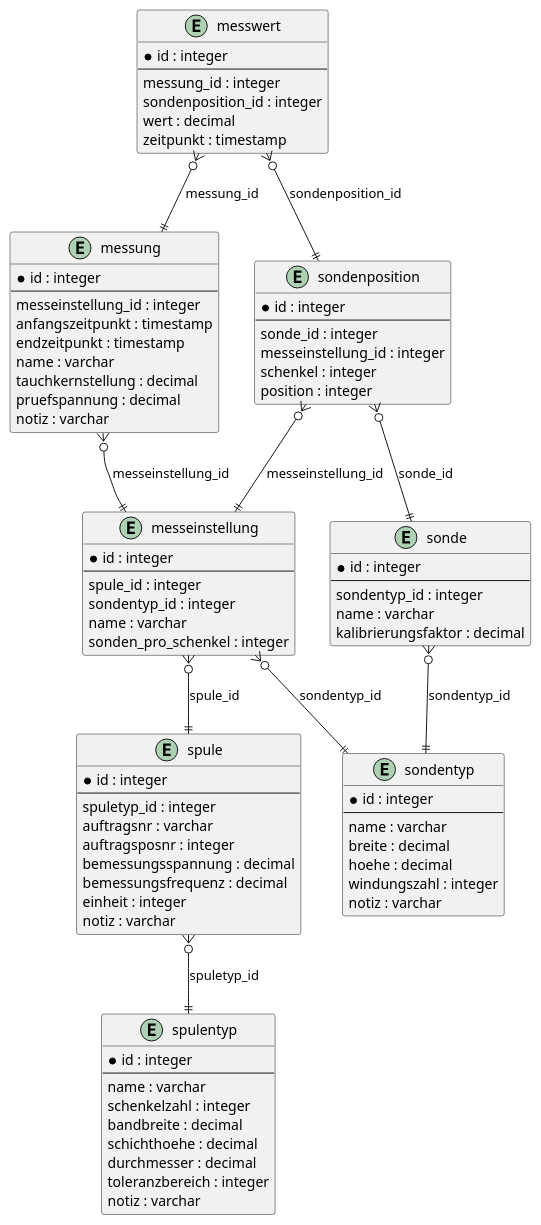
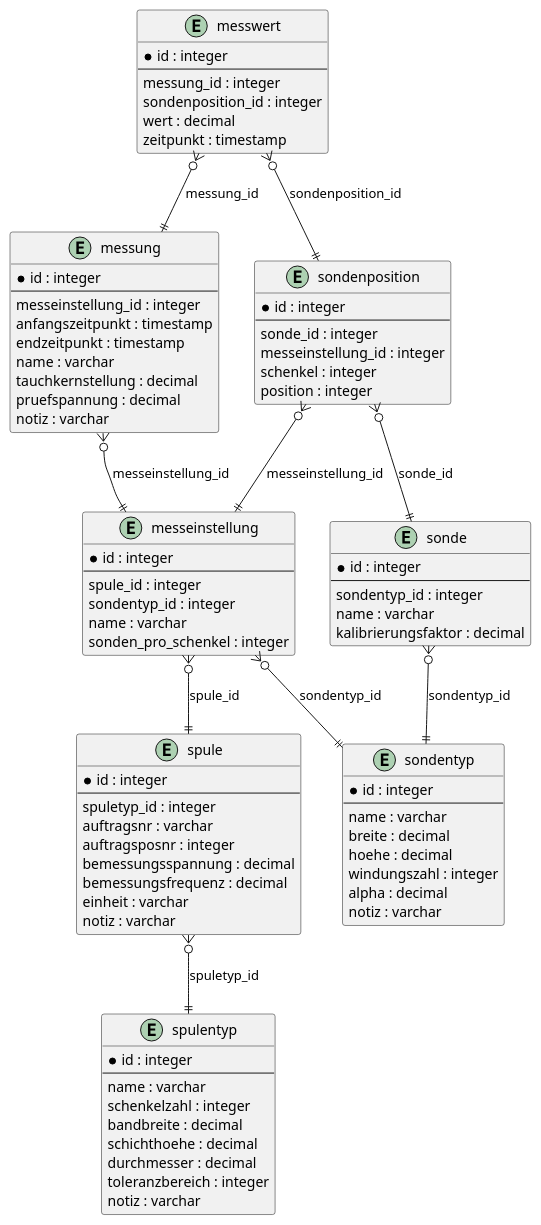
The diagram in asciidocs/docs/project-description/diagrams/erd.puml (2425-4chif-syp/01-projekte-2025-4chif-syp-trench), drawn with PlantUML before and after one commit.

Commit message:
docs: Update ERD

```diff
--- a/asciidocs/docs/project-description/diagrams/erd.puml
+++ b/asciidocs/docs/project-description/diagrams/erd.puml
@@ -3,94 +3,95 @@
 @startuml Trench ERD
 
 entity spulentyp {
   * id : integer
   --
   name : varchar
   schenkelzahl : integer
   bandbreite : decimal
   schichthoehe : decimal
   durchmesser : decimal
   toleranzbereich : integer
   notiz : varchar
 }
 
 entity spule {
   * id : integer
   --
   spuletyp_id : integer
   auftragsnr : varchar
   auftragsposnr : integer
   bemessungsspannung : decimal
   bemessungsfrequenz : decimal
-  einheit : integer
+  einheit : varchar
   notiz : varchar
 }
 
 entity sondentyp {
   * id : integer
   --
   name : varchar
   breite : decimal
   hoehe : decimal
   windungszahl : integer
+  alpha : decimal
   notiz : varchar
 }
 
 entity messeinstellung {
   * id : integer
   --
   spule_id : integer
   sondentyp_id : integer
   name : varchar
   sonden_pro_schenkel : integer
 }
 
 entity messung {
   * id : integer
   --
   messeinstellung_id : integer
   anfangszeitpunkt : timestamp
   endzeitpunkt : timestamp
   name : varchar
   tauchkernstellung : decimal
   pruefspannung : decimal
   notiz : varchar
 }
 
 entity sondenposition {
   * id : integer
   --
   sonde_id : integer
   messeinstellung_id : integer
   schenkel : integer
   position : integer
 }
 
 entity messwert {
   * id : integer
   --
   messung_id : integer
   sondenposition_id : integer
   wert : decimal
   zeitpunkt : timestamp
 }
 
 entity sonde {
   * id : integer
   --
   sondentyp_id : integer
   name : varchar
   kalibrierungsfaktor : decimal
 }
 
 spule }o--|| spulentyp : "spuletyp_id"
 messeinstellung }o--|| spule : "spule_id"
 messeinstellung }o--|| sondentyp : "sondentyp_id"
 messung }o--|| messeinstellung : "messeinstellung_id"
 sondenposition }o--|| sonde : "sonde_id"
 sondenposition }o--|| messeinstellung : "messeinstellung_id"
 messwert }o--|| messung : "messung_id"
 messwert }o--|| sondenposition : "sondenposition_id"
 sonde }o--|| sondentyp : "sondentyp_id"
 
 @enduml
```
